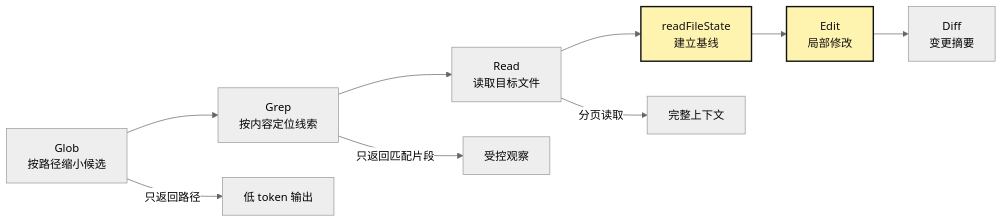
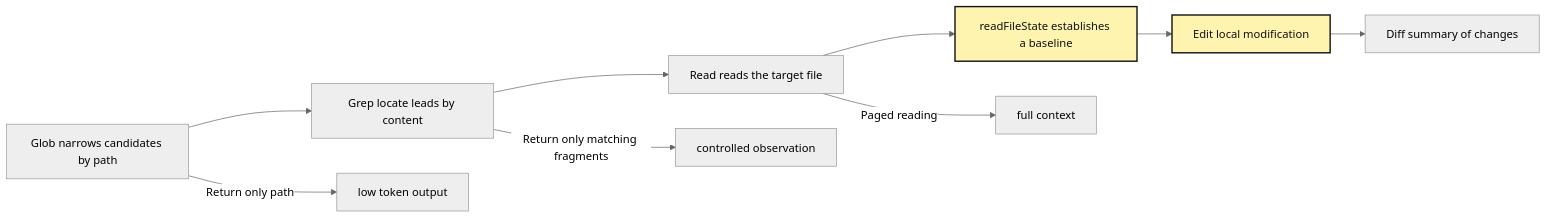
The diagram in src/content/blog/en/AI/build-harness/assets/00-14-local-tool-bundle-permission-runtime/mermaid-05.mmd (LienJack/learn-agent), drawn with Mermaid (neutral theme) before and after one commit. The commit also changed 665 other files, not shown here.

```diff
--- a/src/content/blog/en/AI/build-harness/assets/00-14-local-tool-bundle-permission-runtime/mermaid-05.mmd
+++ b/src/content/blog/en/AI/build-harness/assets/00-14-local-tool-bundle-permission-runtime/mermaid-05.mmd
@@ -1,15 +1,15 @@
 flowchart LR
-  G["Glob\n按路径缩小候选"] --> R["Grep\n按内容定位线索"]
-  R --> F["Read\n读取目标文件"]
-  F --> B["readFileState\n建立基线"]
-  B --> E["Edit\n局部修改"]
-  E --> D["Diff\n变更摘要"]
+  G["Glob narrows candidates by path"] --> R["Grep locate leads by content"]
+  R --> F["Read reads the target file"]
+  F --> B["readFileState establishes a baseline"]
+  B --> E["Edit local modification"]
+  E --> D["Diff summary of changes"]
 
-  G -->|只返回路径| O1["低 token 输出"]
-  R -->|只返回匹配片段| O2["受控观察"]
-  F -->|分页读取| O3["完整上下文"]
+  G -->|Return only path| O1["low token output"]
+  R -->|Return only matching fragments| O2["controlled observation"]
+  F -->|Paged reading| O3["full context"]
 
   B:::hot
   E:::hot
 
   classDef hot fill:#fff3b0,stroke:#111,stroke-width:2px,color:#111;
```
